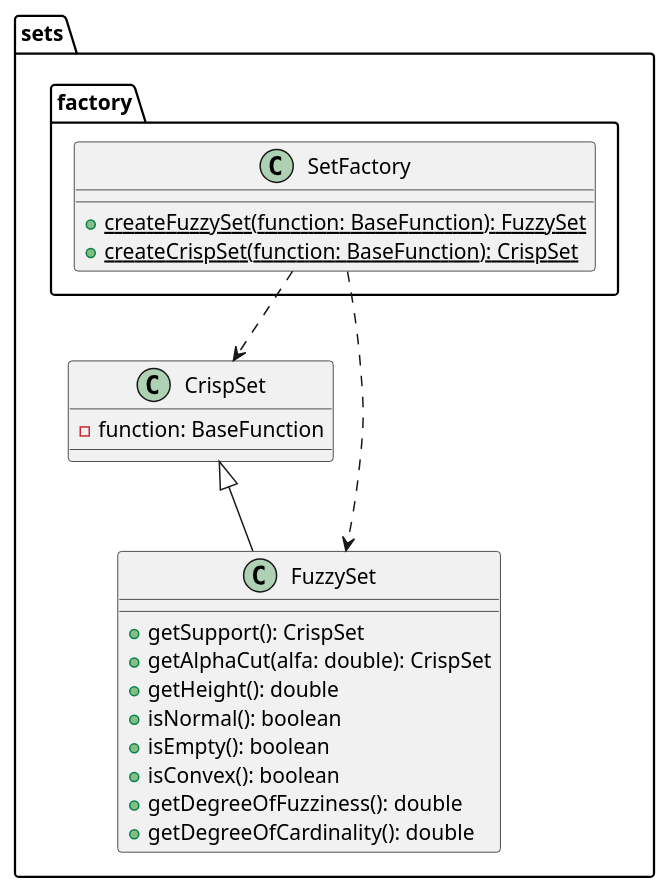
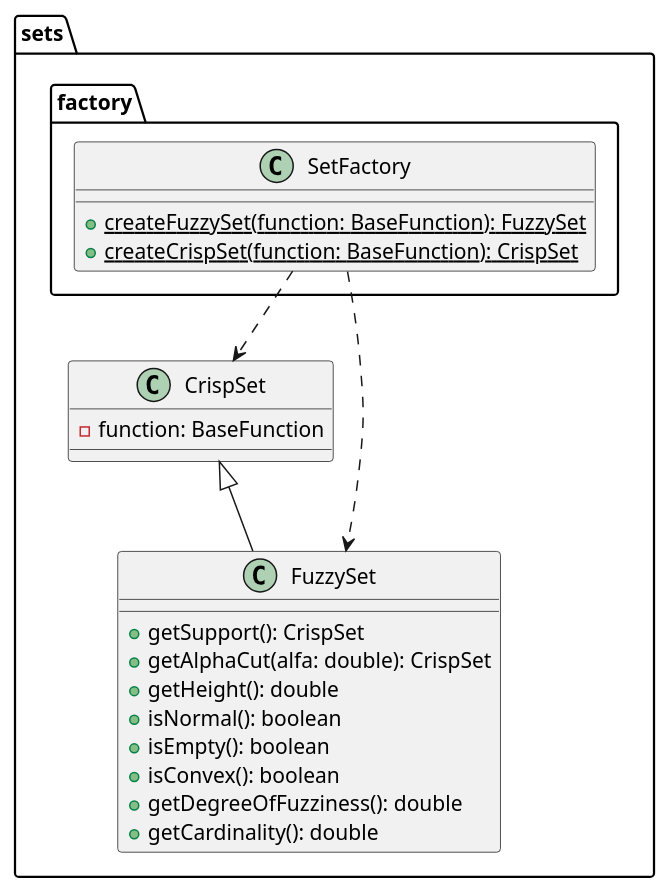
The fourth of 9 diagrams in task2/README.md (kambed/Computer-Recognition-Systems), drawn with PlantUML before and after one commit. The commit also changed other lines of this file and 12 other files, not shown here.

````diff
--- a/task2/README.md
+++ b/task2/README.md
@@ -145,25 +145,25 @@
 ```plantuml
 package sets {
     package factory {
         class SetFactory {
             + {static} createFuzzySet(function: BaseFunction): FuzzySet
             + {static} createCrispSet(function: BaseFunction): CrispSet
         }
     }
     class CrispSet {
         - function: BaseFunction
     }
     class FuzzySet extends CrispSet {
         + getSupport(): CrispSet
         + getAlphaCut(alfa: double): CrispSet
         + getHeight(): double
         + isNormal(): boolean
         + isEmpty(): boolean
         + isConvex(): boolean
         + getDegreeOfFuzziness(): double
-        + getDegreeOfCardinality(): double
+        + getCardinality(): double
     }
     SetFactory ..> FuzzySet
     SetFactory ..> CrispSet
 }
 ```
````
